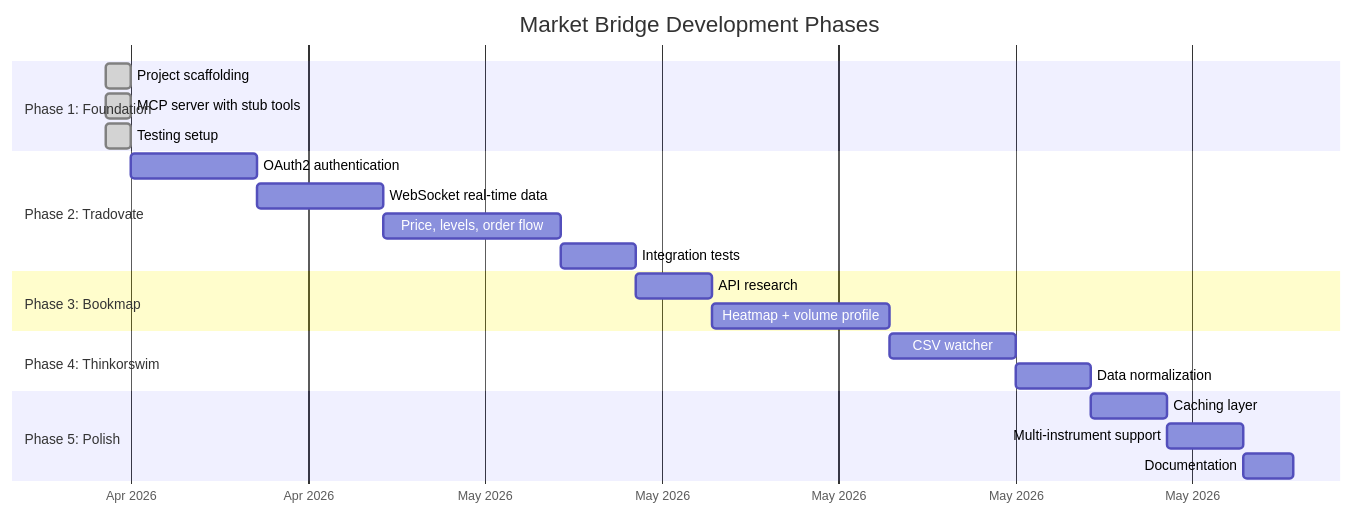
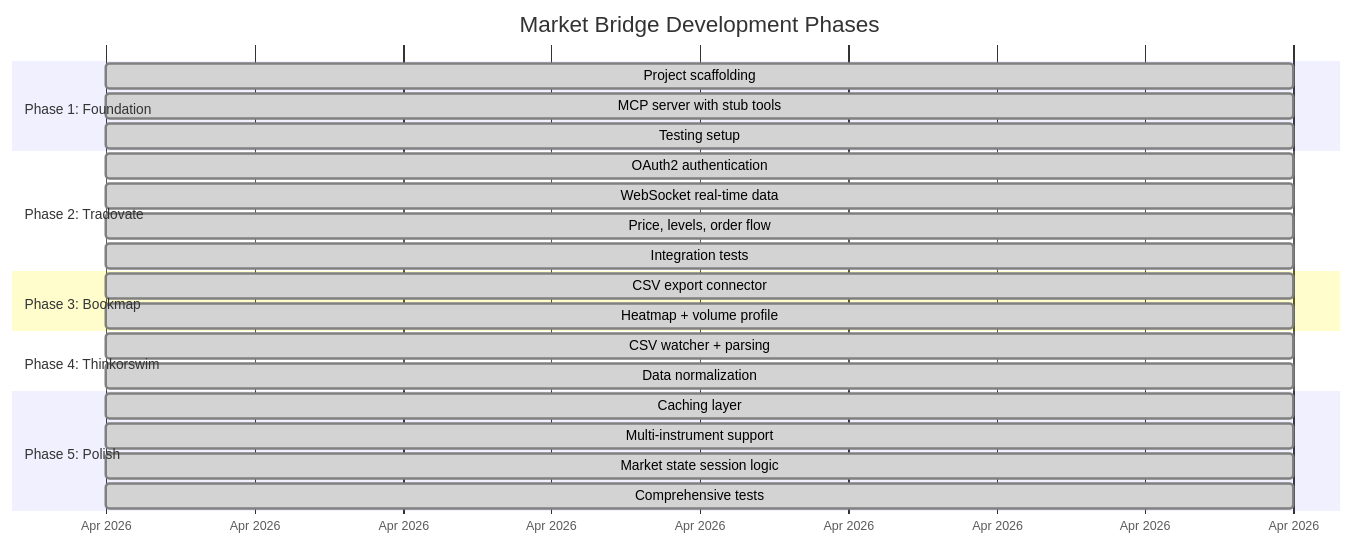
One commit to ocrosby/market-bridge changed the sixth of 6 diagrams in README.md. Above: the diagram before and after it, drawn with Mermaid. The commit also changed other lines of this file and 21 other files, not shown here.

````diff
--- a/README.md
+++ b/README.md
@@ -601,30 +610,31 @@
 ```mermaid
 gantt
     title Market Bridge Development Phases
     dateFormat YYYY-MM-DD
     axisFormat %b %Y
 
     section Phase 1: Foundation
     Project scaffolding           :done, p1a, 2026-04-18, 1d
     MCP server with stub tools    :done, p1b, 2026-04-18, 1d
     Testing setup                 :done, p1c, 2026-04-18, 1d
 
     section Phase 2: Tradovate
-    OAuth2 authentication         :p2a, 2026-04-19, 5d
-    WebSocket real-time data      :p2b, after p2a, 5d
-    Price, levels, order flow     :p2c, after p2b, 7d
-    Integration tests             :p2d, after p2c, 3d
+    OAuth2 authentication         :done, p2a, 2026-04-18, 1d
+    WebSocket real-time data      :done, p2b, 2026-04-18, 1d
+    Price, levels, order flow     :done, p2c, 2026-04-18, 1d
+    Integration tests             :done, p2d, 2026-04-18, 1d
 
     section Phase 3: Bookmap
-    API research                  :p3a, after p2d, 3d
-    Heatmap + volume profile      :p3b, after p3a, 7d
+    CSV export connector          :done, p3a, 2026-04-18, 1d
+    Heatmap + volume profile      :done, p3b, 2026-04-18, 1d
 
     section Phase 4: Thinkorswim
-    CSV watcher                   :p4a, after p3b, 5d
-    Data normalization            :p4b, after p4a, 3d
+    CSV watcher + parsing         :done, p4a, 2026-04-18, 1d
+    Data normalization            :done, p4b, 2026-04-18, 1d
 
     section Phase 5: Polish
-    Caching layer                 :p5a, after p4b, 3d
-    Multi-instrument support      :p5b, after p5a, 3d
-    Documentation                 :p5c, after p5b, 2d
+    Caching layer                 :done, p5a, 2026-04-18, 1d
+    Multi-instrument support      :done, p5b, 2026-04-18, 1d
+    Market state session logic    :done, p5c, 2026-04-18, 1d
+    Comprehensive tests           :done, p5d, 2026-04-18, 1d
 ```
````
